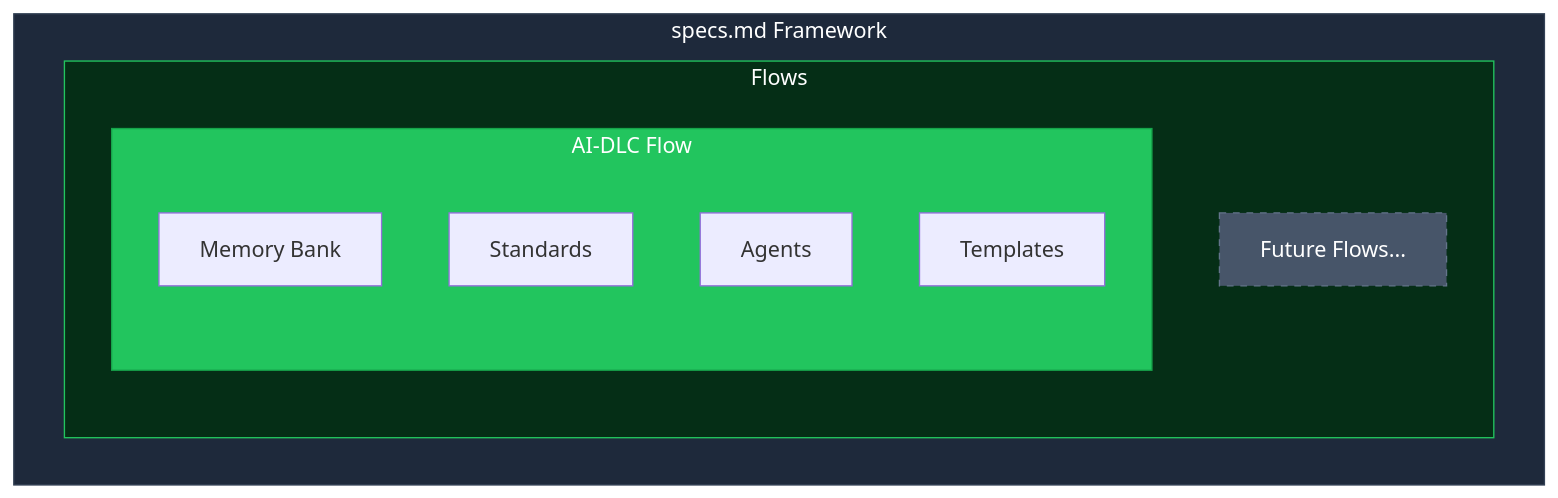
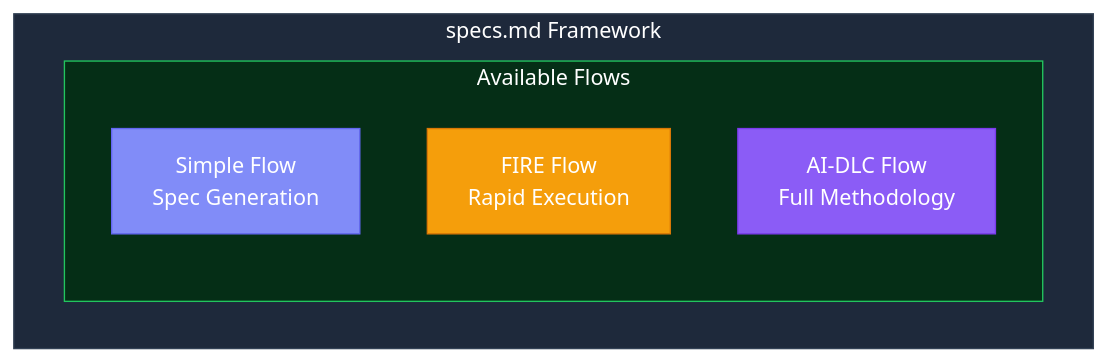
One commit to fabriqaai/specsmd changed the first of 3 diagrams in docs.specs.md/architecture/flows.mdx. Above: the diagram before and after it, drawn with Mermaid. The commit also changed other lines of this file and 17 other files, not shown here.

First line of the commit message:
docs: add FIRE flow documentation and 3-flow framework positioning

````diff
--- a/docs.specs.md/architecture/flows.mdx
+++ b/docs.specs.md/architecture/flows.mdx
@@ -10,19 +10,16 @@
 ```mermaid
 flowchart TB
     subgraph Framework[specs.md Framework]
-        subgraph Flows[Flows]
-            subgraph AIDLC[AI-DLC Flow]
-                MB[Memory Bank]
-                ST[Standards]
-                AS[Agents]
-                TM[Templates]
-            end
-            FF[Future Flows...]
+        subgraph Flows[Available Flows]
+            Simple[Simple Flow<br/>Spec Generation]
+            FIRE[FIRE Flow<br/>Rapid Execution]
+            AIDLC[AI-DLC Flow<br/>Full Methodology]
         end
     end
 
     style Framework fill:#1E293B,stroke:#334155,color:#fff
     style Flows fill:#052E16,stroke:#22C55E,color:#fff
-    style AIDLC fill:#22C55E,stroke:#16A34A,color:#fff
-    style FF fill:#475569,stroke:#64748B,color:#fff,stroke-dasharray: 5 5
+    style Simple fill:#818CF8,stroke:#6366F1,color:#fff
+    style FIRE fill:#F59E0B,stroke:#D97706,color:#fff
+    style AIDLC fill:#8B5CF6,stroke:#7C3AED,color:#fff
 ```
````
